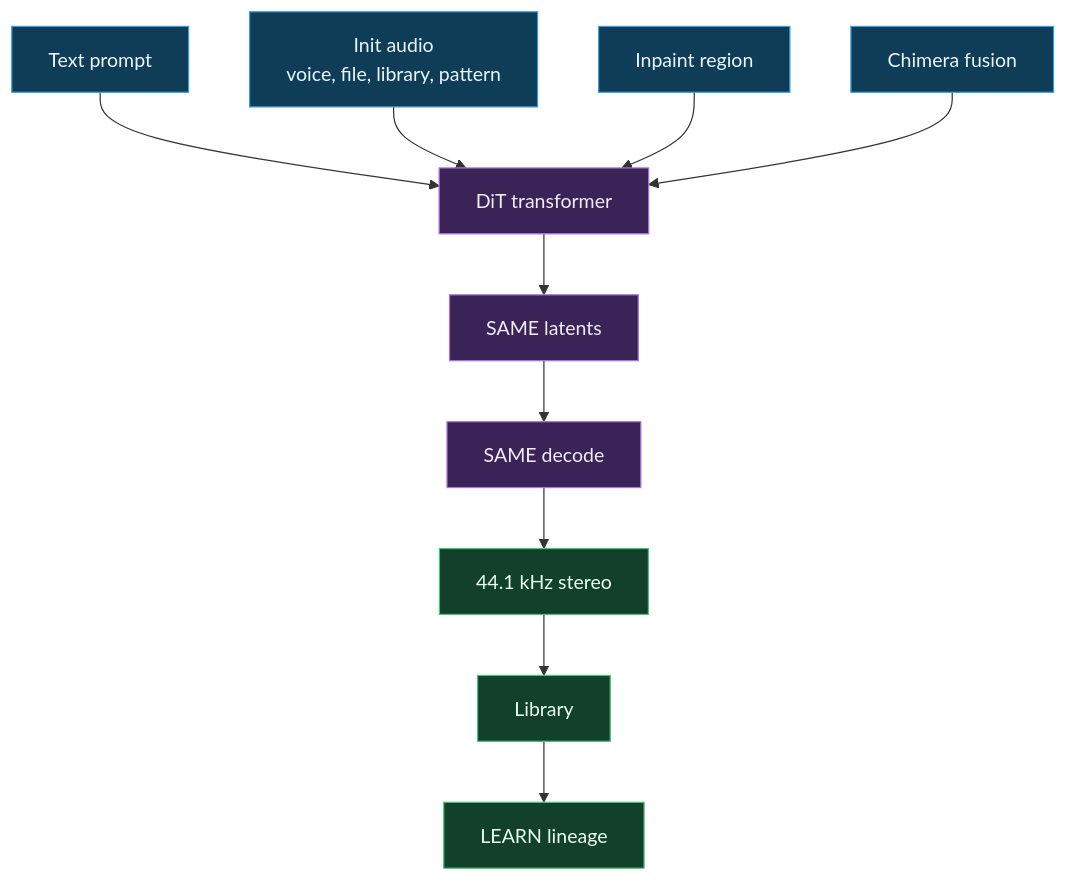
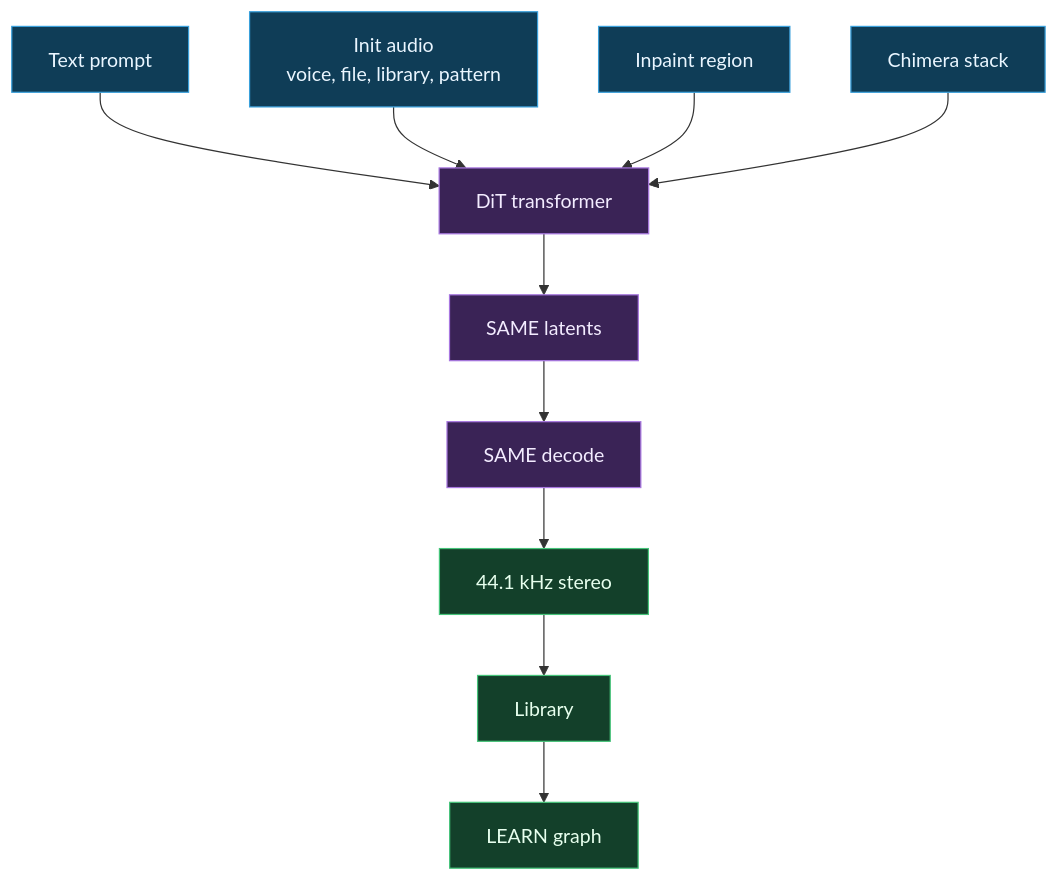
One commit to danieljtrujillo/theDAW changed the second of 3 diagrams in README.md. Above: the diagram before and after it, drawn with Mermaid. The commit also changed other lines of this file and 22 other files, not shown here.

````diff
--- a/README.md
+++ b/README.md
@@ -372,19 +401,19 @@
 ```mermaid
 flowchart TD
   P["Text prompt"]:::in
   INIT["Init audio<br/>voice, file, library, pattern"]:::in
   MASK["Inpaint region"]:::in
-  CHI["Chimera fusion"]:::in
+  CHI["Chimera stack"]:::in
   P --> GEN
   INIT --> GEN
   MASK --> GEN
   CHI --> GEN
   GEN["DiT transformer"]:::eng --> LAT["SAME latents"]:::eng
   LAT --> DEC["SAME decode"]:::eng
   DEC --> WAV["44.1 kHz stereo"]:::out
   WAV --> LIB["Library"]:::out
-  LIB --> LRN["LEARN lineage"]:::out
+  LIB --> LRN["LEARN graph"]:::out
   classDef in fill:#0f3d57,stroke:#3aa0db,color:#eaf6ff;
   classDef eng fill:#3a2356,stroke:#a877e0,color:#f3ecff;
   classDef out fill:#13402a,stroke:#46c47a,color:#e7ffee;
 ```
````
